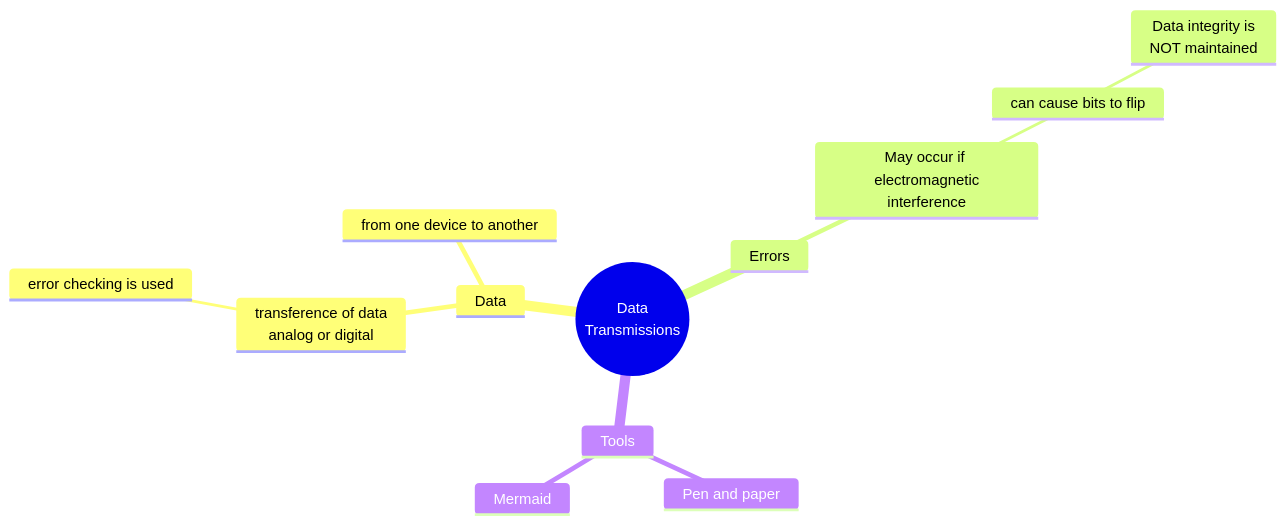
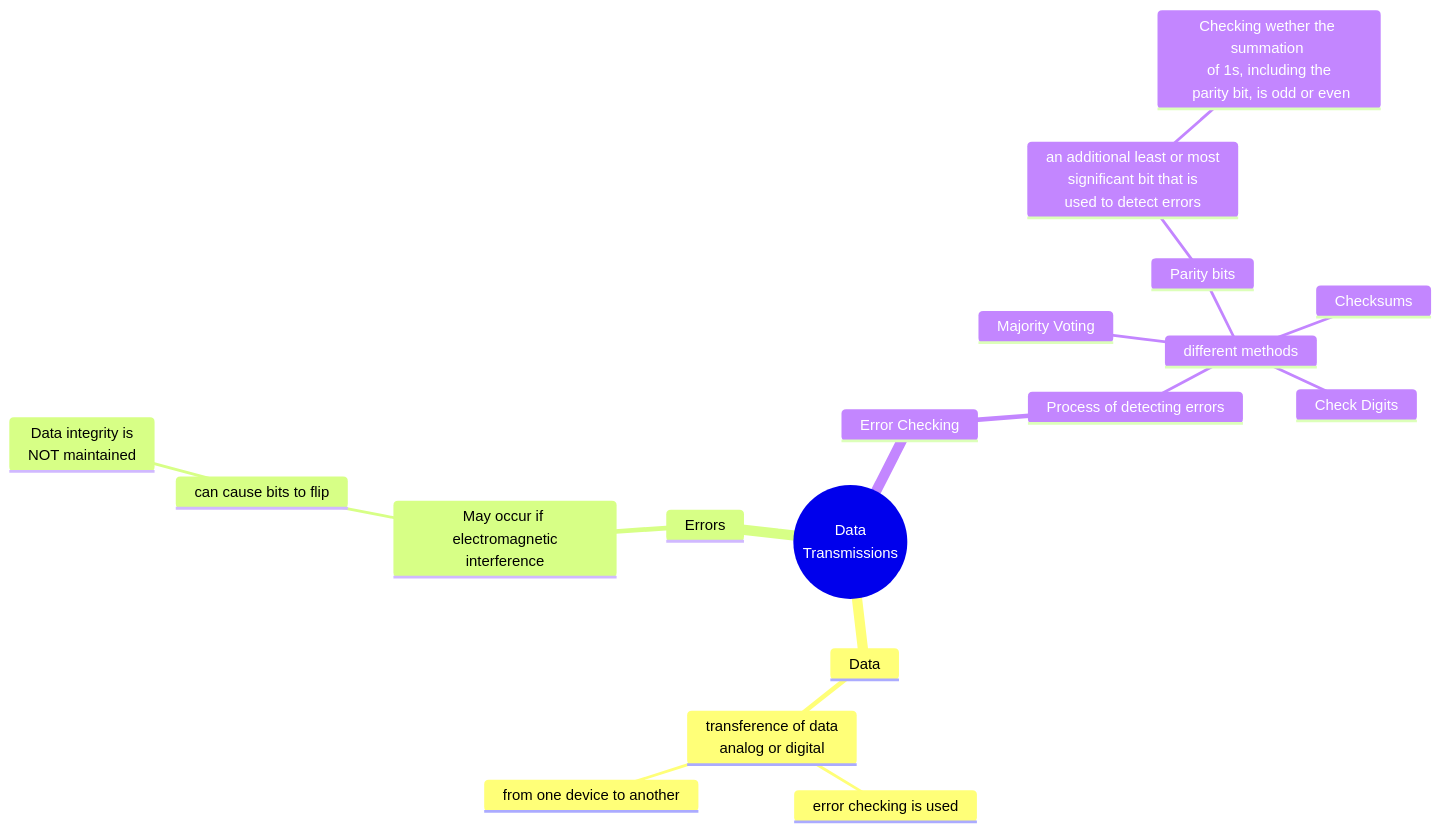
Before and after one commit to Marius-PA/ComputerScienceNotes: the third of 3 diagrams in 2023_Notes/week06-12_november/ascii_and_unicode.md, drawn with Mermaid.

````diff
--- a/2023_Notes/week06-12_november/ascii_and_unicode.md
+++ b/2023_Notes/week06-12_november/ascii_and_unicode.md
@@ -46,16 +46,22 @@
 ```mermaid
 mindmap
   root((Data <br >Transmissions))
     Data
         transference of data <br> analog or digital
             error checking is used
-        from one device to another
+            from one device to another
     Errors
         May occur if <br> electromagnetic interference
             can cause bits to flip
                 Data integrity is <br> NOT maintained
-    Tools
-      Pen and paper
-      Mermaid
+    Error Checking
+        Process of detecting errors
+            different methods
+                Parity bits
+                    an additional least or most <br> significant bit that is <br> used to detect errors
+                        Checking wether the summation <br> of 1s, including the <br> parity bit, is odd or even
+                Majority Voting
+                Checksums
+                Check Digits
 
 ```
````
